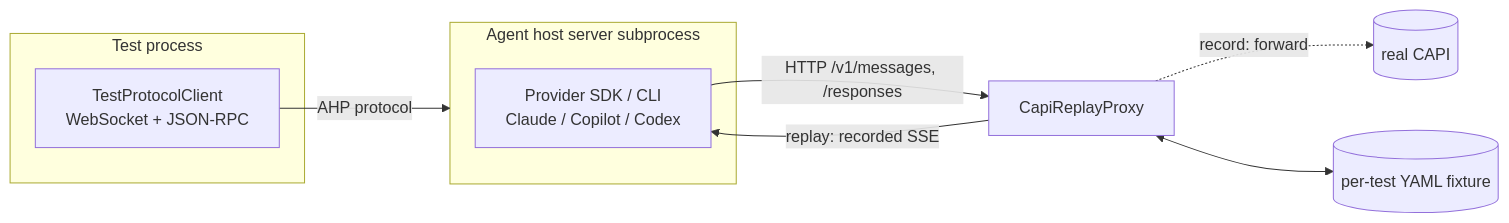
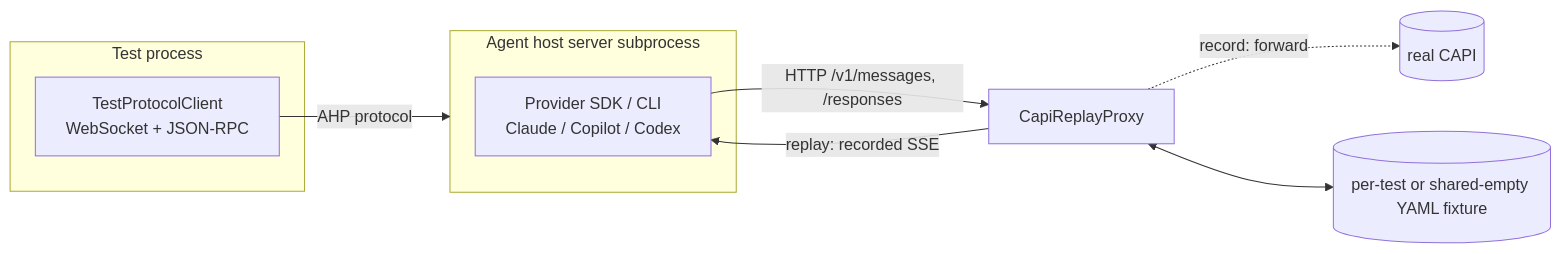
The diagram in src/vs/platform/agentHost/test/node/e2e/README.md (saschazepter/vscode), drawn with Mermaid before and after one commit. The commit also changed other lines of this file and 106 other files, not shown here.

First line of the commit message:
Share empty fixture across host-only E2E tests

````diff
--- a/src/vs/platform/agentHost/test/node/e2e/README.md
+++ b/src/vs/platform/agentHost/test/node/e2e/README.md
@@ -37,14 +37,14 @@
 ```mermaid
 flowchart LR
     subgraph test[Test process]
         client[TestProtocolClient<br/>WebSocket + JSON-RPC]
     end
     subgraph host[Agent host server subprocess]
         agent[Provider SDK / CLI<br/>Claude / Copilot / Codex]
     end
     client -- AHP protocol --> host
     agent -- HTTP /v1/messages, /responses --> proxy[CapiReplayProxy]
     proxy -- replay: recorded SSE --> agent
     proxy -. record: forward .-> capi[(real CAPI)]
-    proxy <--> fixture[(per-test YAML fixture)]
+    proxy <--> fixture[(per-test or shared-empty YAML fixture)]
 ```
````
